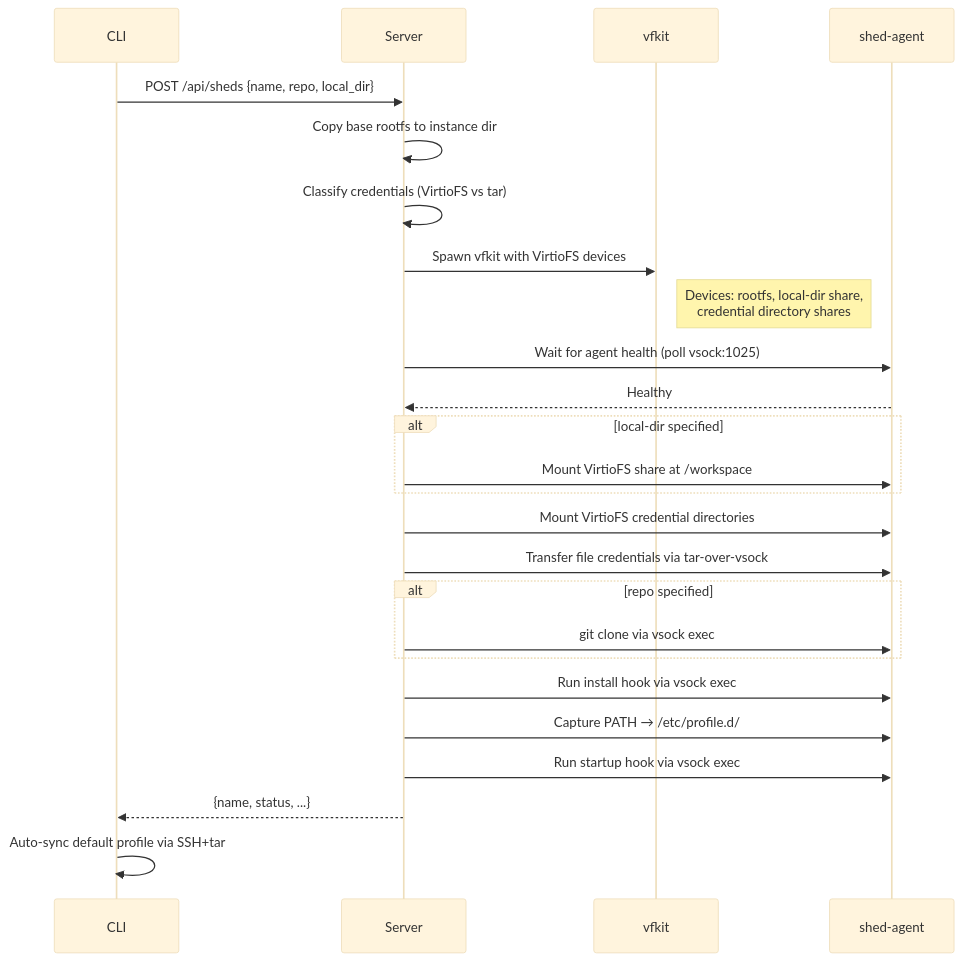
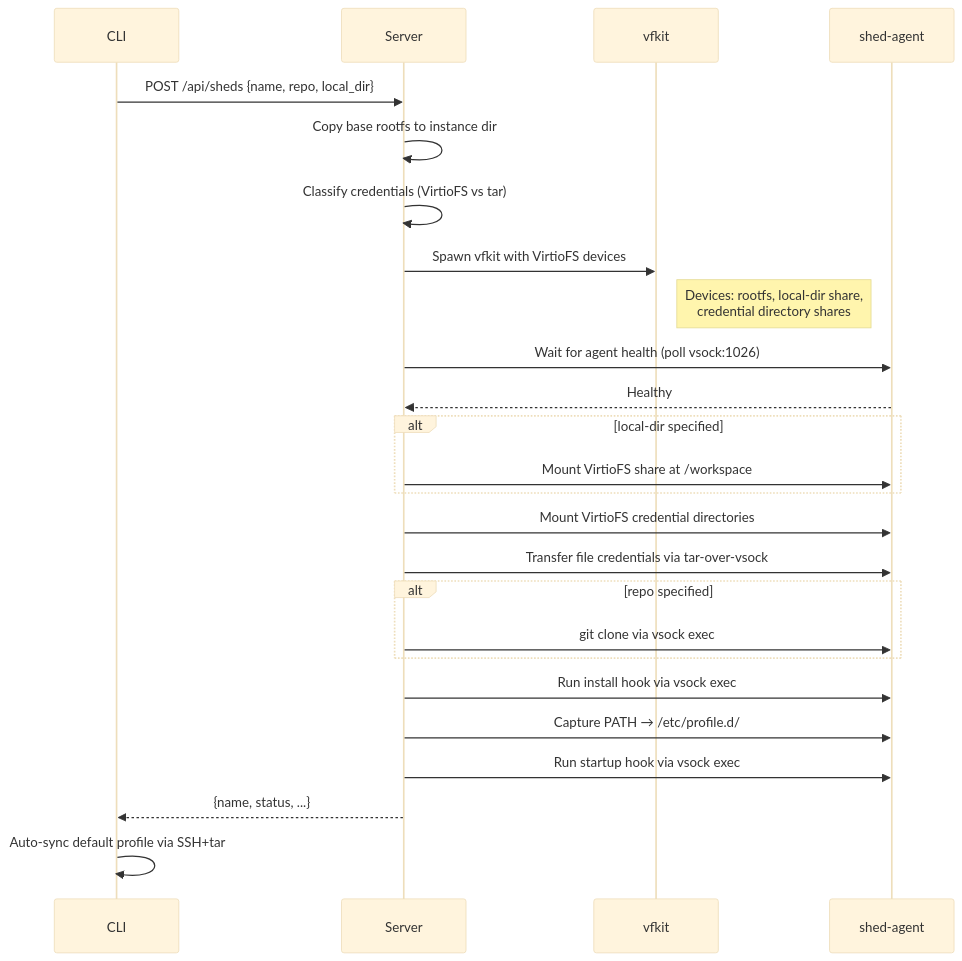
The fifth of 7 diagrams in docs/development/architecture.md (charliek/shed), drawn with Mermaid (base theme) before and after one commit. The commit also changed other lines of this file and 35 other files, not shown here.

````diff
--- a/docs/development/architecture.md
+++ b/docs/development/architecture.md
@@ -165,28 +164,28 @@
     ```mermaid
     sequenceDiagram
         participant CLI
         participant Server
         participant vfkit
         participant Agent as shed-agent
 
         CLI->>Server: POST /api/sheds {name, repo, local_dir}
         Server->>Server: Copy base rootfs to instance dir
         Server->>Server: Classify credentials (VirtioFS vs tar)
         Server->>vfkit: Spawn vfkit with VirtioFS devices
         Note right of vfkit: Devices: rootfs, local-dir share,<br/>credential directory shares
-        Server->>Agent: Wait for agent health (poll vsock:1025)
+        Server->>Agent: Wait for agent health (poll vsock:1026)
         Agent-->>Server: Healthy
         alt local-dir specified
             Server->>Agent: Mount VirtioFS share at /workspace
         end
         Server->>Agent: Mount VirtioFS credential directories
         Server->>Agent: Transfer file credentials via tar-over-vsock
         alt repo specified
             Server->>Agent: git clone via vsock exec
         end
         Server->>Agent: Run install hook via vsock exec
         Server->>Agent: Capture PATH → /etc/profile.d/
         Server->>Agent: Run startup hook via vsock exec
         Server-->>CLI: {name, status, ...}
         CLI->>CLI: Auto-sync default profile via SSH+tar
     ```
````
